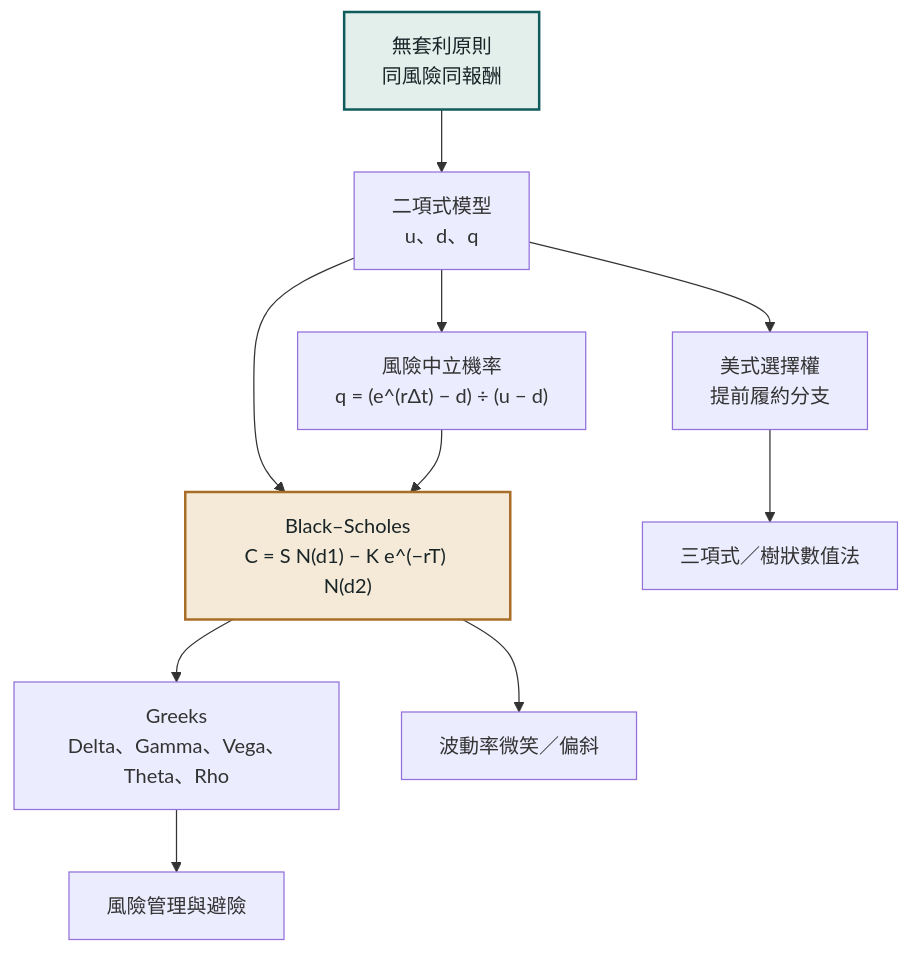
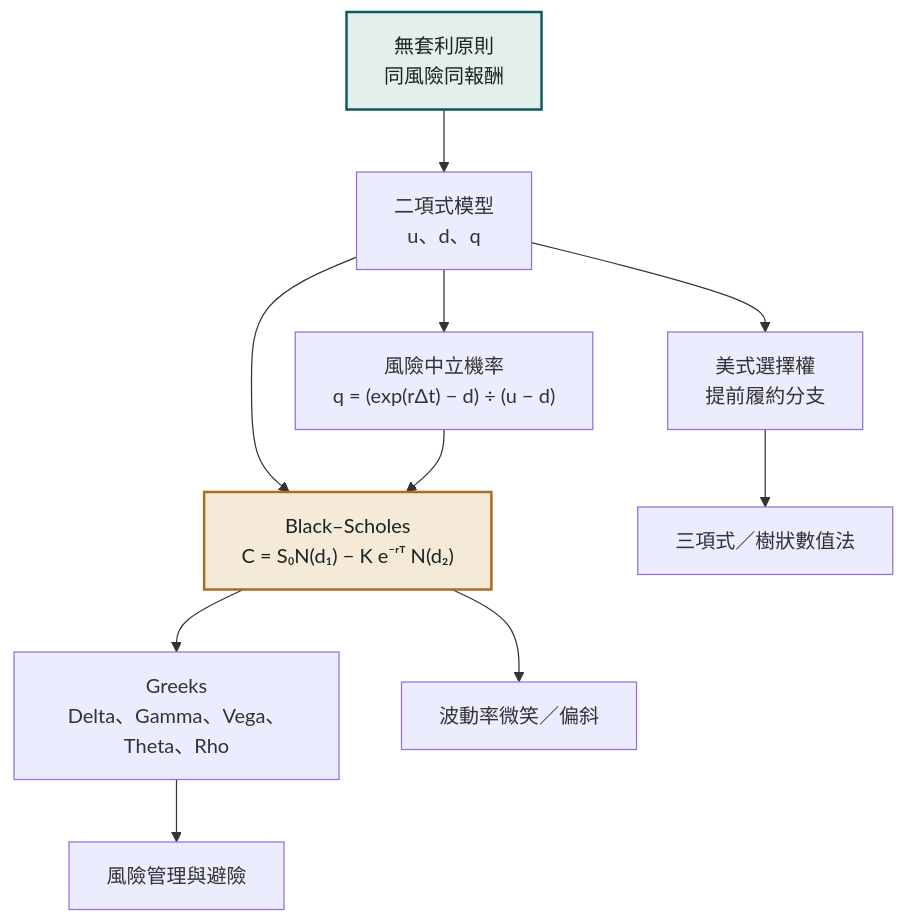
One commit to solo0920/analysis changed the diagram in site/diagrams/mermaid/investment-option-pricing-map.mmd. Above: the diagram before and after it, drawn with Mermaid. The commit also changed 16 other files, not shown here.

Commit message:
Normalize formula notation across diagrams and notes

```diff
--- a/site/diagrams/mermaid/investment-option-pricing-map.mmd
+++ b/site/diagrams/mermaid/investment-option-pricing-map.mmd
@@ -1,17 +1,17 @@
 flowchart TD
   accTitle: 選擇權定價地圖
   accDescr: 從無套利原則出發，經二項式模型與風險中立機率，連到 Black–Scholes 與 Greeks；另列美式選擇權的提前履約分支與數值方法。
 
   NOARB["無套利原則<br/>同風險同報酬"]:::accent
-  BIN["二項式模型<br/>u、d、q"] --> BS["Black–Scholes<br/>C = S N(d1) − K e^(−rT) N(d2)"]:::outcome
+  BIN["二項式模型<br/>u、d、q"] --> BS["Black–Scholes<br/>C = S₀N(d₁) − K e⁻ʳᵀ N(d₂)"]:::outcome
   NOARB --> BIN
-  BIN --> RN["風險中立機率<br/>q = (e^(rΔt) − d) ÷ (u − d)"]
+  BIN --> RN["風險中立機率<br/>q = (exp(rΔt) − d) ÷ (u − d)"]
   RN --> BS
   BS --> GREEKS["Greeks<br/>Delta、Gamma、Vega、Theta、Rho"]
   BIN --> AM["美式選擇權<br/>提前履約分支"]
   AM --> TREE["三項式／樹狀數值法"]
   BS --> SMILE["波動率微笑／偏斜"]
   GREEKS --> RISK["風險管理與避險"]
 
   classDef accent fill:#e3efeb,stroke:#0f5c5c,color:#182426,stroke-width:2px
   classDef outcome fill:#f5ead8,stroke:#a86d27,color:#182426,stroke-width:2px
```
